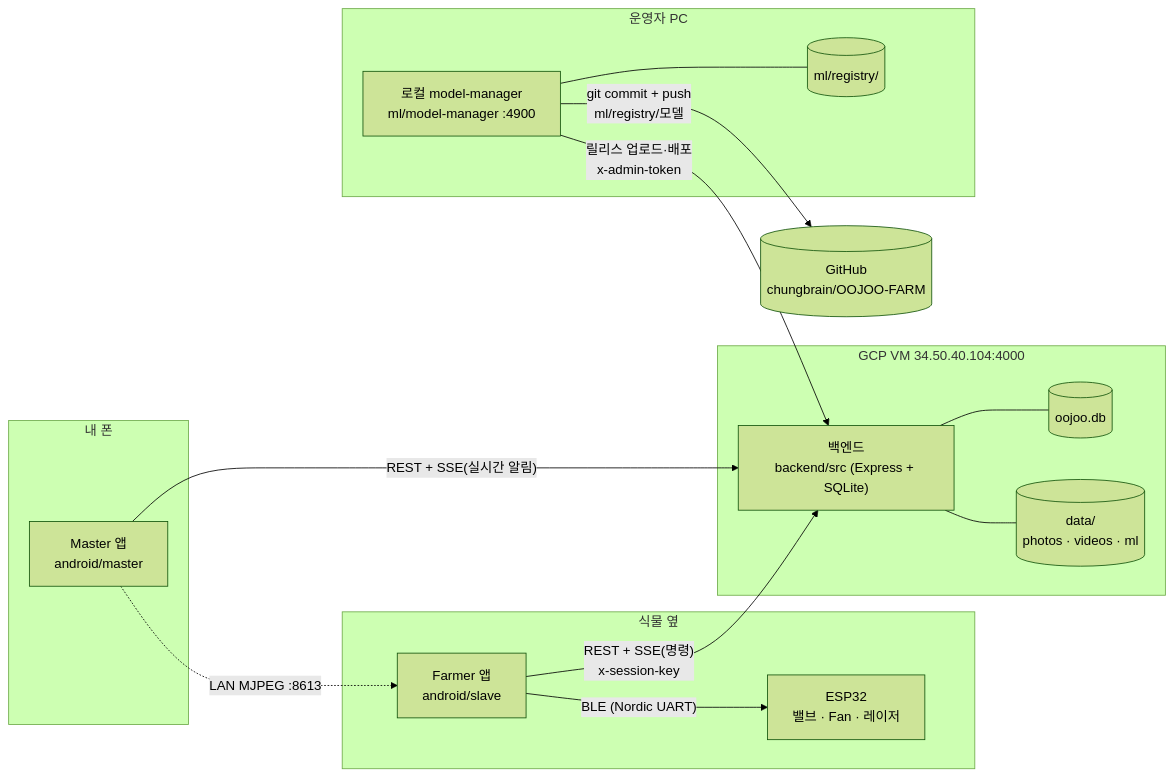
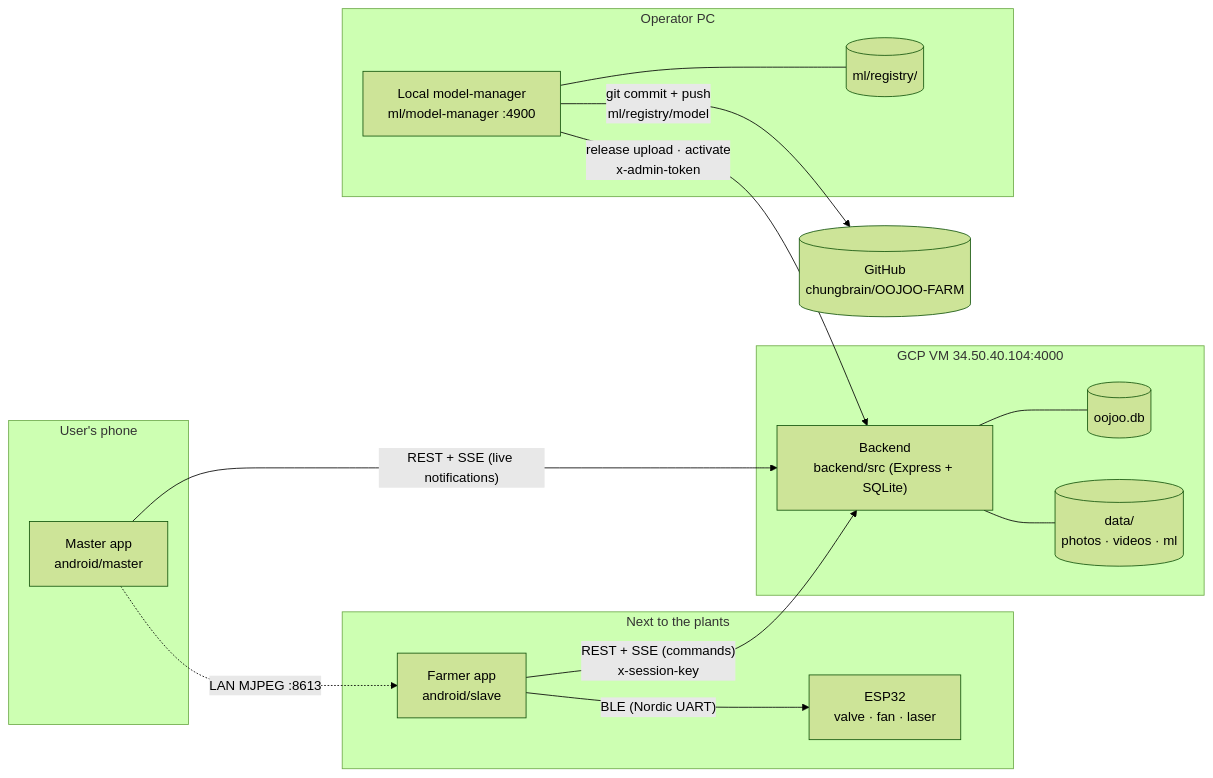
The first of 16 diagrams in docs/code-graph/README.md (chungbrain/OOJOO-FARM), drawn with Mermaid (forest theme) before and after one commit. The commit also changed other lines of this file and 7 other files, not shown here.

First line of the commit message:
docs: English code graph as default, Korean in *_kor.md

````diff
--- a/docs/code-graph/README.md
+++ b/docs/code-graph/README.md
@@ -22,30 +22,30 @@
 ```mermaid
 flowchart LR
-  subgraph phone["내 폰"]
-    M["Master 앱<br/>android/master"]
+  subgraph phone["User's phone"]
+    M["Master app<br/>android/master"]
   end
-  subgraph farm["식물 옆"]
-    F["Farmer 앱<br/>android/slave"]
-    HW["ESP32<br/>밸브 · Fan · 레이저"]
+  subgraph farm["Next to the plants"]
+    F["Farmer app<br/>android/slave"]
+    HW["ESP32<br/>valve · fan · laser"]
   end
   subgraph cloud["GCP VM 34.50.40.104:4000"]
-    B["백엔드<br/>backend/src (Express + SQLite)"]
+    B["Backend<br/>backend/src (Express + SQLite)"]
     DB[("oojoo.db")]
     FS[("data/<br/>photos · videos · ml")]
   end
-  subgraph pc["운영자 PC"]
-    MM["로컬 model-manager<br/>ml/model-manager :4900"]
+  subgraph pc["Operator PC"]
+    MM["Local model-manager<br/>ml/model-manager :4900"]
     REG[("ml/registry/")]
   end
   GH[("GitHub<br/>chungbrain/OOJOO-FARM")]
 
-  M -- "REST + SSE(실시간 알림)" --> B
-  F -- "REST + SSE(명령)<br/>x-session-key" --> B
+  M -- "REST + SSE (live notifications)" --> B
+  F -- "REST + SSE (commands)<br/>x-session-key" --> B
   F -- "BLE (Nordic UART)" --> HW
   M -. "LAN MJPEG :8613" .-> F
   B --- DB
   B --- FS
-  MM -- "릴리스 업로드·배포<br/>x-admin-token" --> B
+  MM -- "release upload · activate<br/>x-admin-token" --> B
   MM --- REG
-  MM -- "git commit + push<br/>ml/registry/모델" --> GH
+  MM -- "git commit + push<br/>ml/registry/model" --> GH
 ```
````
